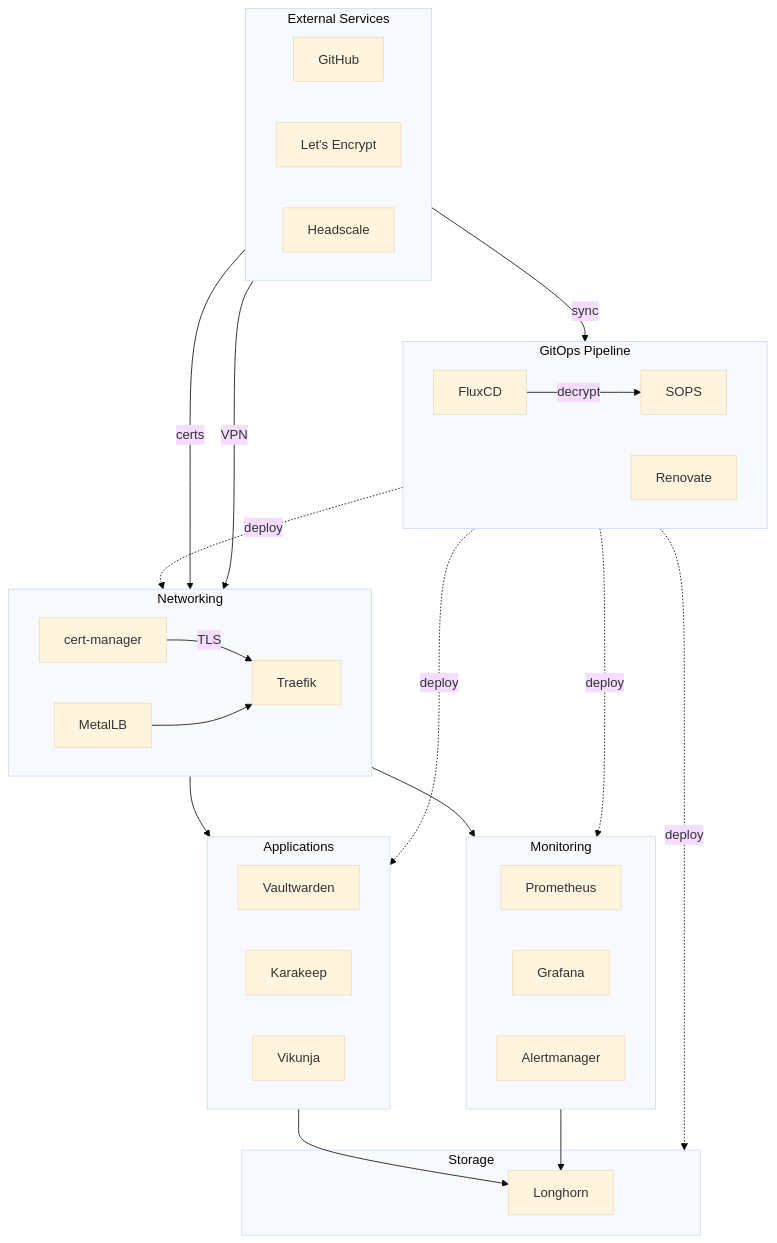
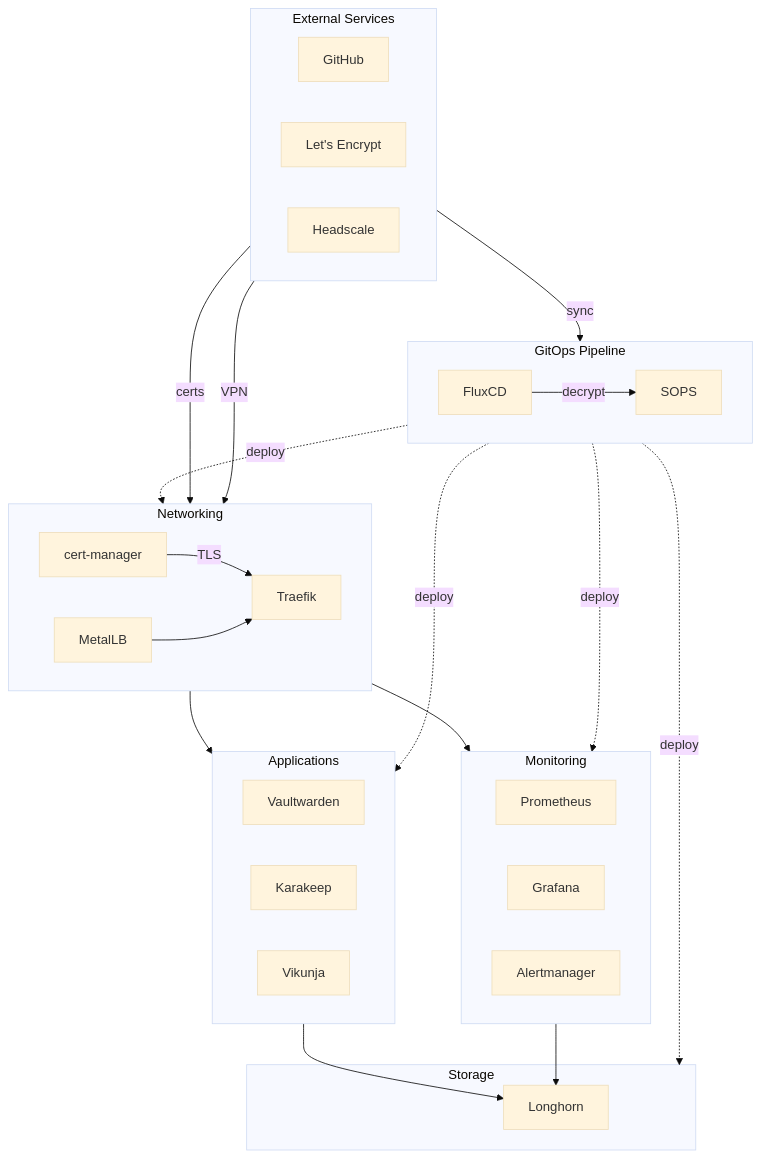
Before and after one commit to markoonakic/homelab: the diagram in README.md, drawn with Mermaid (base theme).

Commit message:
Remove Renovate from diagram to simplify

````diff
--- a/README.md
+++ b/README.md
@@ -15,54 +15,53 @@
 ```mermaid
 flowchart TD
     subgraph external["External Services"]
         direction LR
         github[GitHub]
         letsencrypt[Let's Encrypt]
         headscale[Headscale]
     end
 
     subgraph gitops["GitOps Pipeline"]
         direction LR
         flux[FluxCD]
         sops[SOPS]
-        renovate[Renovate]
     end
 
     subgraph net["Networking"]
         direction LR
         certmanager[cert-manager]
         traefik[Traefik]
         metallb[MetalLB]
     end
 
     subgraph stor["Storage"]
         longhorn[Longhorn]
     end
 
     subgraph mon["Monitoring"]
         prometheus[Prometheus]
         grafana[Grafana]
         alertmanager[Alertmanager]
     end
 
     subgraph apps["Applications"]
         vaultwarden[Vaultwarden]
         karakeep[Karakeep]
         vikunja[Vikunja]
     end
 
     github -->|sync| flux
     flux -->|decrypt| sops
     flux -.->|deploy| net
     letsencrypt -->|certs| certmanager
     certmanager -->|TLS| traefik
     headscale -->|VPN| metallb
     metallb --> traefik
     traefik --> apps
     flux -.->|deploy| apps
     flux -.->|deploy| mon
     flux -.->|deploy| stor
     apps --> longhorn
     mon --> longhorn
     traefik --> mon
 ```
````
